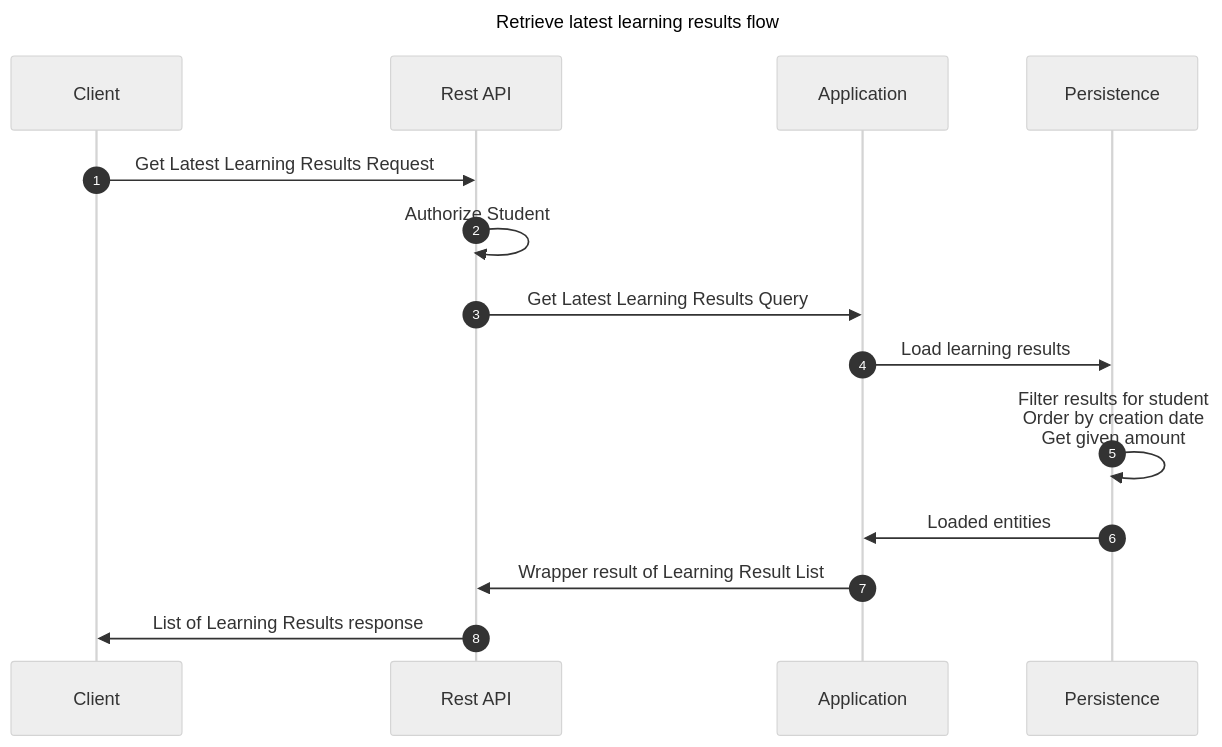
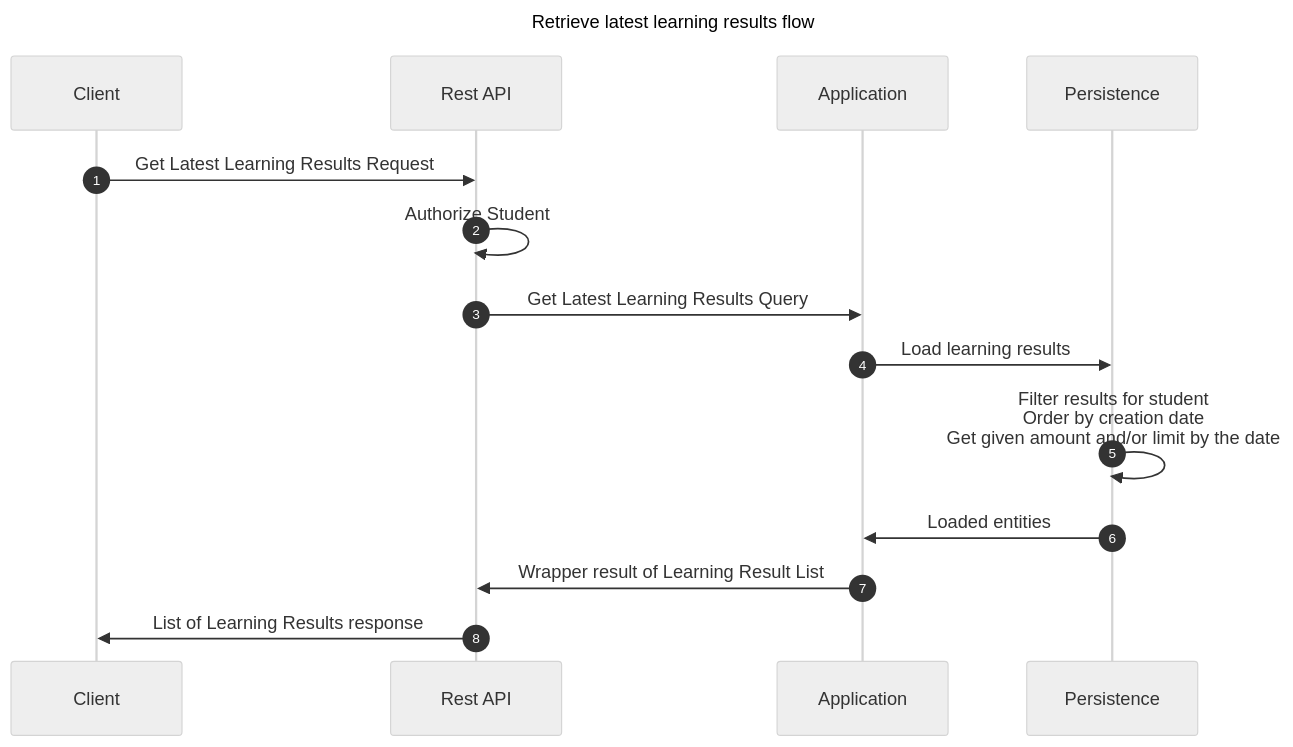
The diagram in docs/edutie/flows/student/learningresult/GetLatestLearningResults.md (EdutieProject/edutie-backend), drawn with Mermaid (neutral theme) before and after one commit. The commit also changed other lines of this file, not shown here.

````diff
--- a/docs/edutie/flows/student/learningresult/GetLatestLearningResults.md
+++ b/docs/edutie/flows/student/learningresult/GetLatestLearningResults.md
@@ -7,19 +7,19 @@
 ```mermaid
 ---
 title: Retrieve latest learning results flow
 ---
 sequenceDiagram
     participant Client
     participant Rest API
     participant Application
     participant Persistence
     autonumber
     Client ->> Rest API: Get Latest Learning Results Request
     Rest API ->> Rest API: Authorize Student
     Rest API ->> Application: Get Latest Learning Results Query
     Application ->> Persistence: Load learning results
-    Persistence ->> Persistence: Filter results for student<br/>Order by creation date<br/>Get given amount
+    Persistence ->> Persistence: Filter results for student<br/>Order by creation date<br/>Get given amount and/or limit by the date
     Persistence ->> Application: Loaded entities
     Application ->> Rest API: Wrapper result of Learning Result List
     Rest API ->> Client: List of Learning Results response
 ```
````
